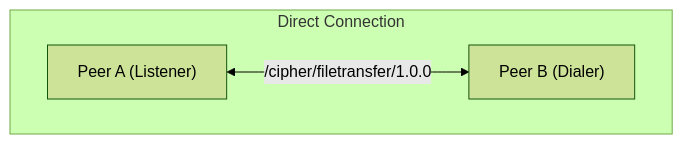
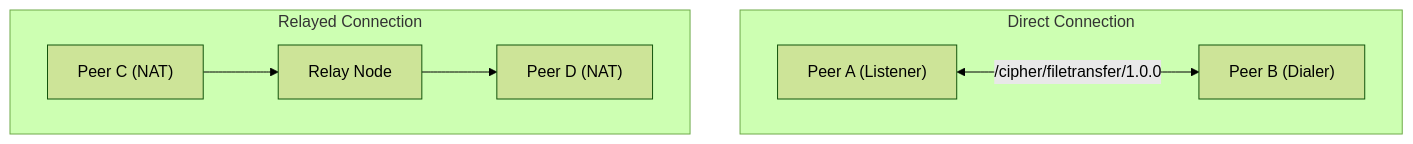
The diagram in Adarsh/p2p_transport/docs/architecture.md (adarshxsh/CIPHER), drawn with Mermaid (forest theme) before and after one commit. The commit also changed other lines of this file and 4 other files, not shown here.

Commit message:
Implement relay node and Linux deployment documentation

````diff
--- a/Adarsh/p2p_transport/docs/architecture.md
+++ b/Adarsh/p2p_transport/docs/architecture.md
@@ -23,6 +23,10 @@
 ```mermaid
 graph TD
     subgraph Direct Connection
         PeerA["Peer A (Listener)"] <-->|"/cipher/filetransfer/1.0.0"| PeerB["Peer B (Dialer)"]
     end
+    subgraph Relayed Connection
+        PeerC["Peer C (NAT)"] --> Relay["Relay Node"]
+        Relay --> PeerD["Peer D (NAT)"]
+    end
 ```
````
